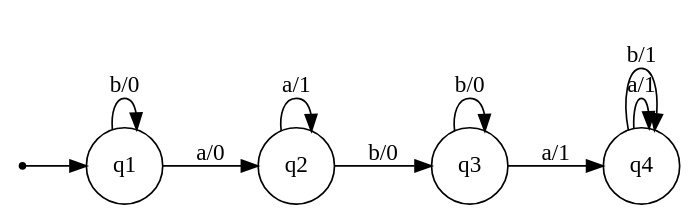
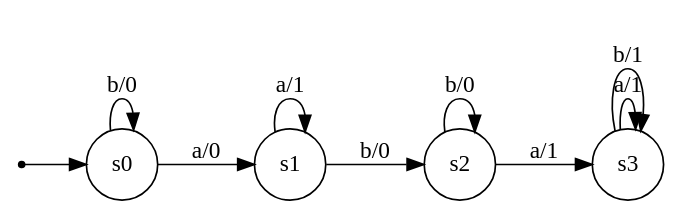
Before and after one commit to zenAndroid/oracle-extract: the diagram in input.dot, drawn with Graphviz.

```diff
--- a/input.dot
+++ b/input.dot
@@ -1,14 +1,14 @@
 digraph Automaton {
     node [shape=point] INIT;
     node [shape=circle];
     rankdir = LR;
-    INIT -> q1;
-    q1 -> q1 [label="b/0"];
-    q1 -> q2 [label="a/0"];
-    q2 -> q2 [label="a/1"];
-    q2 -> q3 [label="b/0"];
-    q3 -> q4 [label="a/1"];
-    q3 -> q3 [label="b/0"];
-    q4 -> q4 [label="a/1"];
-    q4 -> q4 [label="b/1"];
+    INIT -> s0;
+    s0 -> s0 [label="b/0"];
+    s0 -> s1 [label="a/0"];
+    s1 -> s1 [label="a/1"];
+    s1 -> s2 [label="b/0"];
+    s2 -> s3 [label="a/1"];
+    s2 -> s2 [label="b/0"];
+    s3 -> s3 [label="a/1"];
+    s3 -> s3 [label="b/1"];
 }
```
